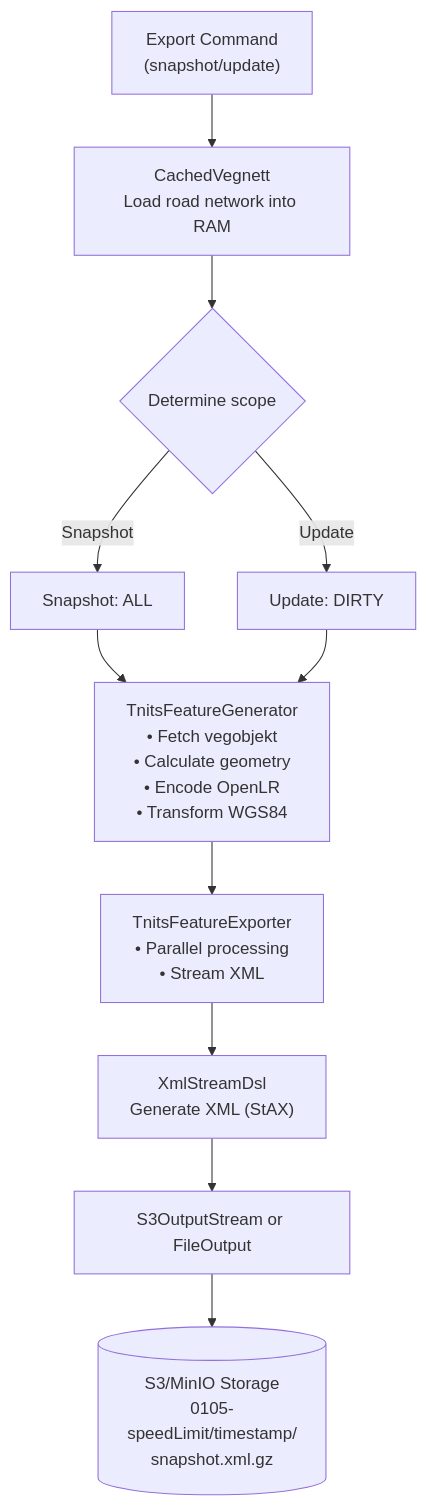
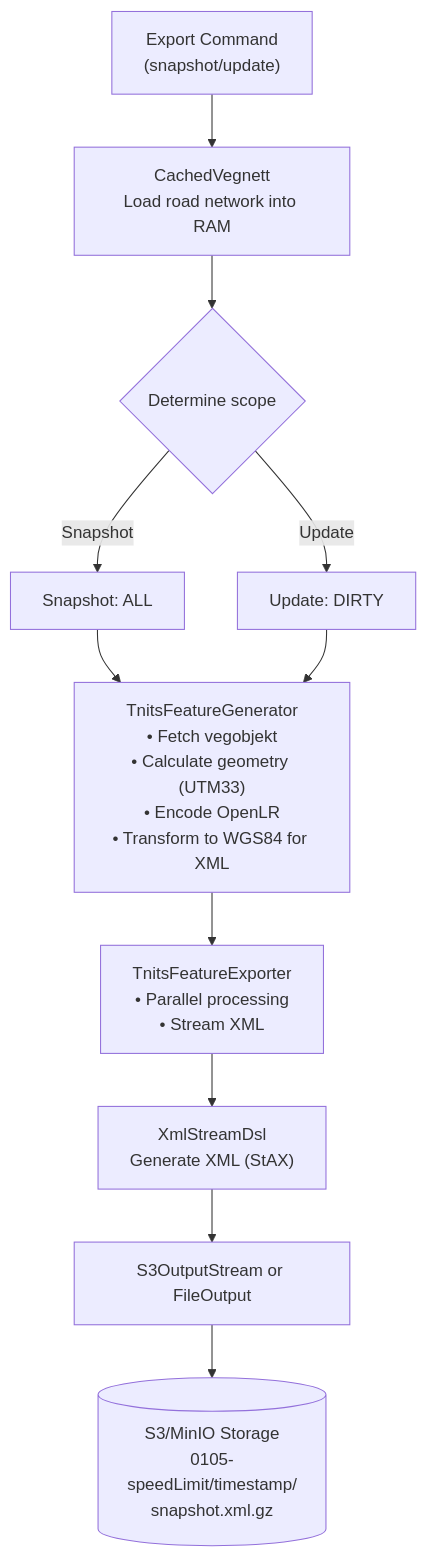
One commit to nvdb-vegdata/nvdb-tnits-public changed the third of 4 diagrams in docs/DATA_FLOW.md. Above: the diagram before and after it, drawn with Mermaid. The commit also changed other lines of this file and 4 other files, not shown here.

````diff
--- a/docs/DATA_FLOW.md
+++ b/docs/DATA_FLOW.md
@@ -224,23 +224,23 @@
 ```mermaid
 flowchart TD
   CMD["Export Command<br/>(snapshot/update)"]
   CACHE["CachedVegnett<br/>Load road network into RAM"]
   SCOPE{"Determine scope"}
   SNAP["Snapshot: ALL"]
   UPDATE["Update: DIRTY"]
-  GEN["TnitsFeatureGenerator<br/>• Fetch vegobjekt<br/>• Calculate geometry<br/>• Encode OpenLR<br/>• Transform WGS84"]
+  GEN["TnitsFeatureGenerator<br/>• Fetch vegobjekt<br/>• Calculate geometry (UTM33)<br/>• Encode OpenLR<br/>• Transform to WGS84 for XML"]
   EXPORT["TnitsFeatureExporter<br/>• Parallel processing<br/>• Stream XML"]
   XML["XmlStreamDsl<br/>Generate XML (StAX)"]
   OUT["S3OutputStream or FileOutput"]
   STORAGE[("S3/MinIO Storage<br/>0105-speedLimit/timestamp/<br/>snapshot.xml.gz")]
   CMD --> CACHE
   CACHE --> SCOPE
   SCOPE -->|Snapshot| SNAP
   SCOPE -->|Update| UPDATE
   SNAP --> GEN
   UPDATE --> GEN
   GEN --> EXPORT
   EXPORT --> XML
   XML --> OUT
   OUT --> STORAGE
 ```
````
